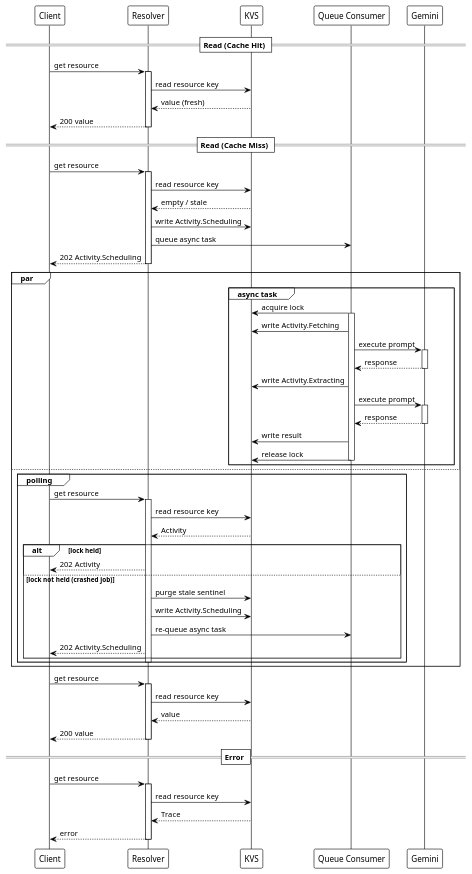
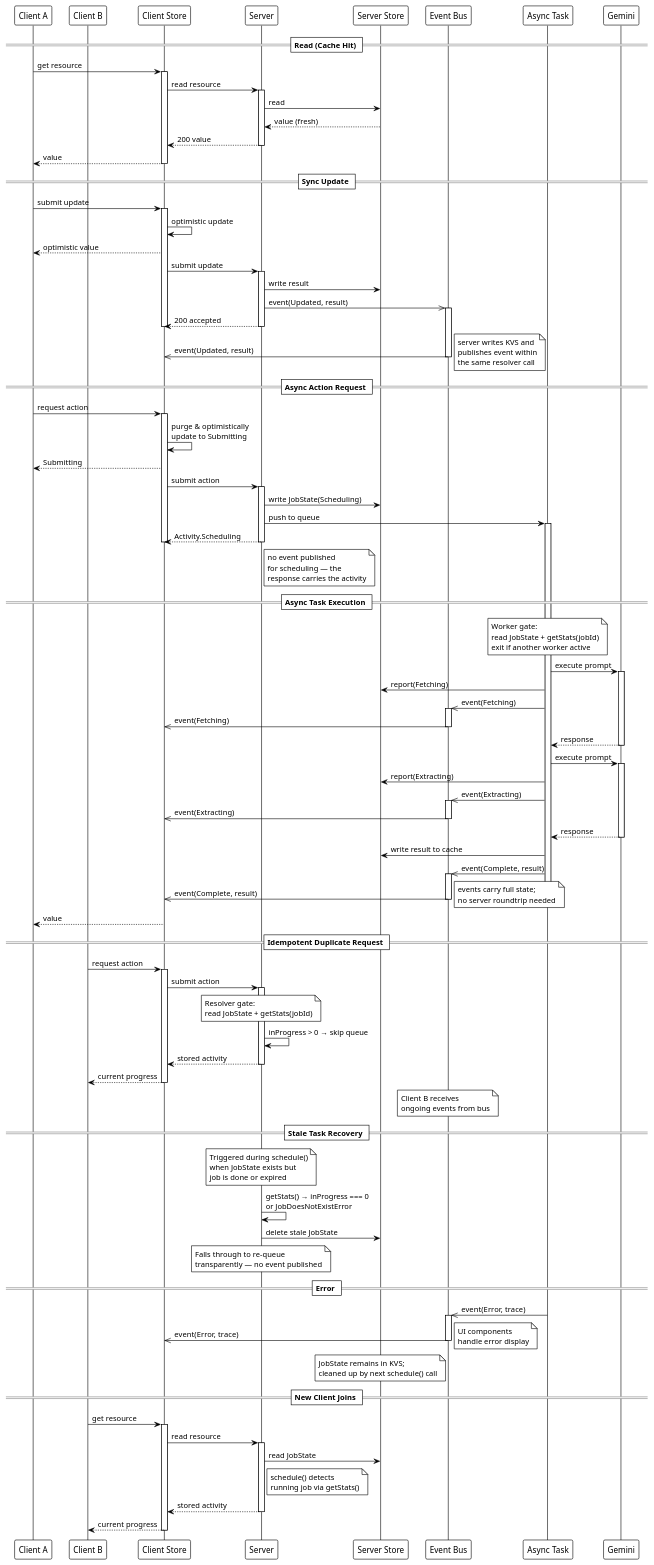
One commit to ec2u/phds changed the diagram in docs/blueprints/workflow.puml. Above: the diagram before and after it, drawn with PlantUML. The commit also changed 158 other files, not shown here.

First line of the commit message:
refactor: implement event-driven store architecture (#26)

```diff
--- a/docs/blueprints/workflow.puml
+++ b/docs/blueprints/workflow.puml
@@ -1,91 +1,155 @@
-@startuml EC2U PhD Agreements Tool Flow
+@startuml Event-Driven Workflow
 !theme plain
 
-participant "Client" as client
-participant "Resolver" as resolver
-participant "KVS" as kvs
-participant "Queue Consumer" as consumer
+participant "Client A" as clientA
+participant "Client B" as clientB
+participant "Client Store" as cstore
+participant "Server" as server
+participant "Server Store" as sstore
+participant "Event Bus" as bus
+participant "Async Task" as task
 participant "Gemini" as gemini
 
 == Read (Cache Hit) ==
 
-client -> resolver: get resource
-activate resolver
-resolver -> kvs: read resource key
-kvs --> resolver: value (fresh)
-resolver --> client: 200 value
-deactivate resolver
+clientA -> cstore: get resource
+activate cstore
+cstore -> server: read resource
+activate server
+server -> sstore: read
+sstore --> server: value (fresh)
+server --> cstore: 200 value
+deactivate server
+cstore --> clientA: value
+deactivate cstore
 
-== Read (Cache Miss) ==
+== Sync Update ==
 
-client -> resolver: get resource
-activate resolver
-resolver -> kvs: read resource key
-kvs --> resolver: empty / stale
-resolver -> kvs: write Activity.Scheduling
-resolver -> consumer: queue async task
-resolver --> client: 202 Activity.Scheduling
-deactivate resolver
+clientA -> cstore: submit update
+activate cstore
 
-par
+cstore -> cstore: optimistic update
+cstore --> clientA: optimistic value
 
-    group async task
-        consumer -> kvs: acquire lock
-        activate consumer
+cstore -> server: submit update
+activate server
+server -> sstore: write result
+server ->> bus: event(Updated, result)
+activate bus
+server --> cstore: 200 accepted
+deactivate server
+deactivate cstore
 
-        consumer -> kvs: write Activity.Fetching
-        consumer -> gemini: execute prompt
-        activate gemini
-        gemini --> consumer: response
-        deactivate gemini
+bus ->> cstore: event(Updated, result)
+note right: server writes KVS and\npublishes event within\nthe same resolver call
+deactivate bus
 
-        consumer -> kvs: write Activity.Extracting
-        consumer -> gemini: execute prompt
-        activate gemini
-        gemini --> consumer: response
-        deactivate gemini
+== Async Action Request ==
 
-        consumer -> kvs: write result
-        consumer -> kvs: release lock
-        deactivate consumer
-    end
+clientA -> cstore: request action
+activate cstore
 
-else
+cstore -> cstore: purge & optimistically\nupdate to Submitting
+cstore --> clientA: Submitting
 
-    group polling
-        client -> resolver: get resource
-        activate resolver
-        resolver -> kvs: read resource key
-        kvs --> resolver: Activity
+cstore -> server: submit action
+activate server
 
-        alt lock held
-            resolver --> client: 202 Activity
-        else lock not held (crashed job)
-            resolver -> kvs: purge stale sentinel
-            resolver -> kvs: write Activity.Scheduling
-            resolver -> consumer: re-queue async task
-            resolver --> client: 202 Activity.Scheduling
-        end
+server -> sstore: write JobState(Scheduling)
+server -> task: push to queue
+activate task
 
-        deactivate resolver
-    end
+server --> cstore: Activity.Scheduling
+deactivate server
+deactivate cstore
 
-end
+note right of server: no event published\nfor scheduling — the\nresponse carries the activity
 
-client -> resolver: get resource
-activate resolver
-resolver -> kvs: read resource key
-kvs --> resolver: value
-resolver --> client: 200 value
-deactivate resolver
+== Async Task Execution ==
+
+note over task: Worker gate:\nread JobState + getStats(jobId)\nexit if another worker active
+
+task -> gemini: execute prompt
+activate gemini
+
+task -> sstore: report(Fetching)
+task ->> bus: event(Fetching)
+activate bus
+bus ->> cstore: event(Fetching)
+deactivate bus
+
+gemini --> task: response
+deactivate gemini
+
+task -> gemini: execute prompt
+activate gemini
+
+task -> sstore: report(Extracting)
+task ->> bus: event(Extracting)
+activate bus
+bus ->> cstore: event(Extracting)
+deactivate bus
+
+gemini --> task: response
+deactivate gemini
+
+task -> sstore: write result to cache
+task ->> bus: event(Complete, result)
+activate bus
+bus ->> cstore: event(Complete, result)
+note right: events carry full state;\nno server roundtrip needed
+deactivate bus
+deactivate task
+
+cstore --> clientA: value
+
+== Idempotent Duplicate Request ==
+
+clientB -> cstore: request action
+activate cstore
+cstore -> server: submit action
+activate server
+
+note over server: Resolver gate:\nread JobState + getStats(jobId)
+server -> server: inProgress > 0 → skip queue
+
+server --> cstore: stored activity
+deactivate server
+cstore --> clientB: current progress
+deactivate cstore
+
+note over bus: Client B receives\nongoing events from bus
+
+== Stale Task Recovery ==
+
+note over server: Triggered during schedule()\nwhen JobState exists but\njob is done or expired
+
+server -> server: getStats() → inProgress === 0\nor JobDoesNotExistError
+server -> sstore: delete stale JobState
+
+note over server: Falls through to re-queue\ntransparently — no event published
 
 == Error ==
 
-client -> resolver: get resource
-activate resolver
-resolver -> kvs: read resource key
-kvs --> resolver: Trace
-resolver --> client: error
-deactivate resolver
+task ->> bus: event(Error, trace)
+activate bus
+bus ->> cstore: event(Error, trace)
+note right: UI components\nhandle error display
+deactivate bus
+
+note over sstore: JobState remains in KVS;\ncleaned up by next schedule() call
+
+== New Client Joins ==
+
+clientB -> cstore: get resource
+activate cstore
+cstore -> server: read resource
+activate server
+server -> sstore: read JobState
+note right of server: schedule() detects\nrunning job via getStats()
+server --> cstore: stored activity
+deactivate server
+cstore --> clientB: current progress
+deactivate cstore
 
 @enduml
```
